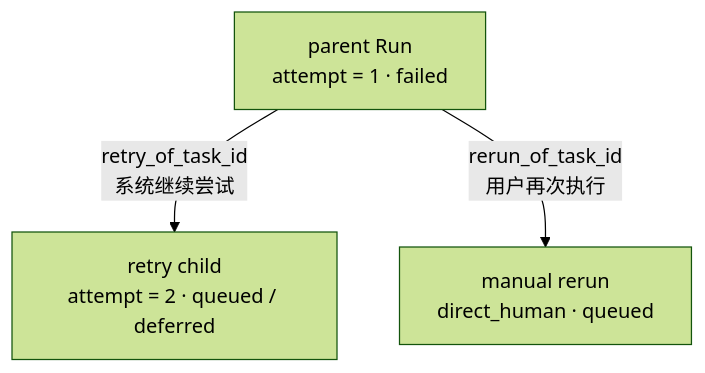
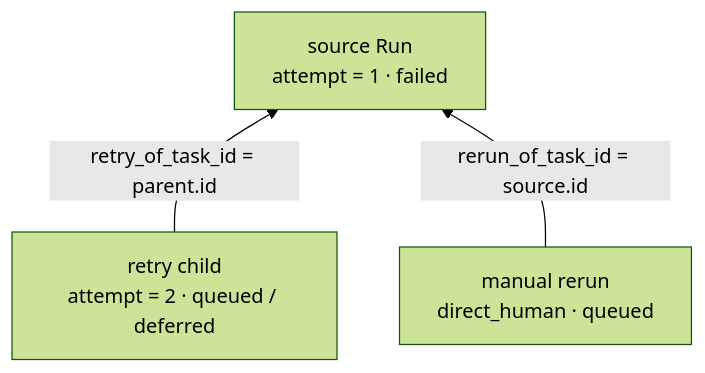
One commit to QinWeijia111/multica-learning changed the third of 3 diagrams in site/src/content/tutorials/durable-task.mdx. Above: the diagram before and after it, drawn with Mermaid (forest theme). The commit also changed other lines of this file and 1 other file, not shown here.

Commit message:
NAVI-31 correct M05 lineage pointer directions

````diff
--- a/site/src/content/tutorials/durable-task.mdx
+++ b/site/src/content/tutorials/durable-task.mdx
@@ -189,9 +189,9 @@
 ```mermaid
-flowchart TD
-    parent["parent Run<br/>attempt = 1 · failed"]
+flowchart BT
+    source["source Run<br/>attempt = 1 · failed"]
     retry["retry child<br/>attempt = 2 · queued / deferred"]
     rerun["manual rerun<br/>direct_human · queued"]
 
-    parent -->|retry_of_task_id<br/>系统继续尝试| retry
-    parent -->|rerun_of_task_id<br/>用户再次执行| rerun
+    retry -->|retry_of_task_id = parent.id| source
+    rerun -->|rerun_of_task_id = source.id| source
 ```
````
